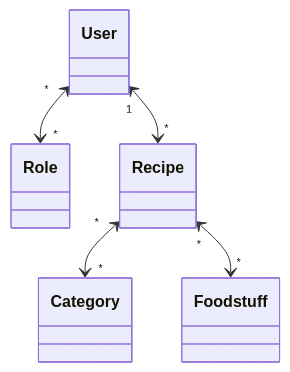
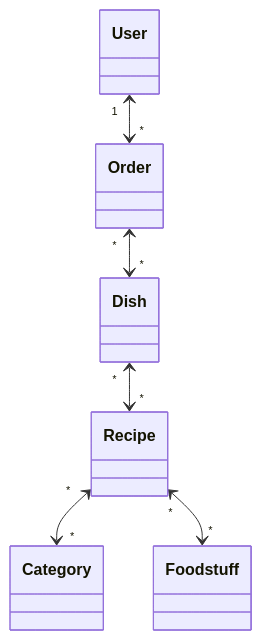
The diagram in README.md (akvamarinel/HighLoad), drawn with Mermaid before and after one commit. The commit also changed other lines of this file, not shown here.

Commit message:
docs: update documentation (README.md)

````diff
--- a/README.md
+++ b/README.md
@@ -12,7 +12,8 @@
 ```mermaid
 	classDiagram
-	User "*" <--> "*" Role
-	User "1" <--> "*" Recipe
+	User "1" <--> "*" Order
+	Order "*" <--> "*" Dish
+	Dish "*" <--> "*" Recipe 
 	Recipe "*" <--> "*" Category
 	Recipe "*" <--> "*" Foodstuff
 ```
````
